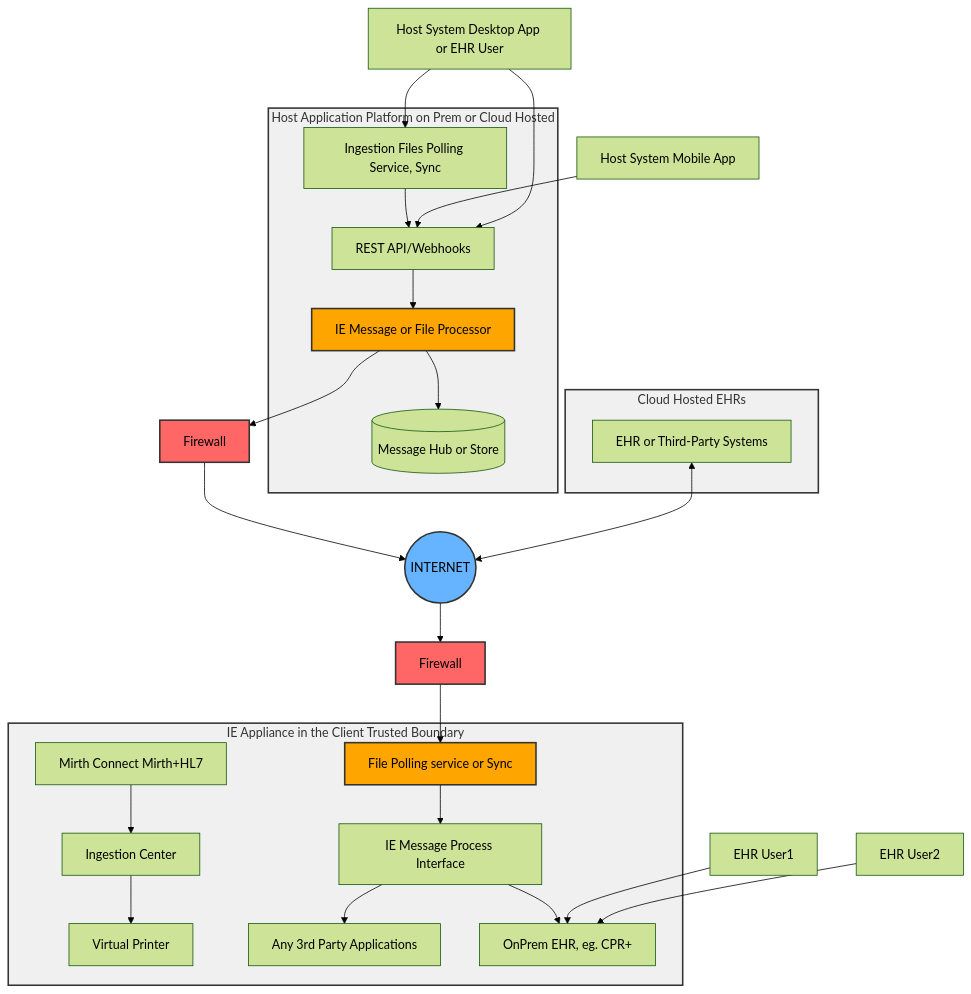
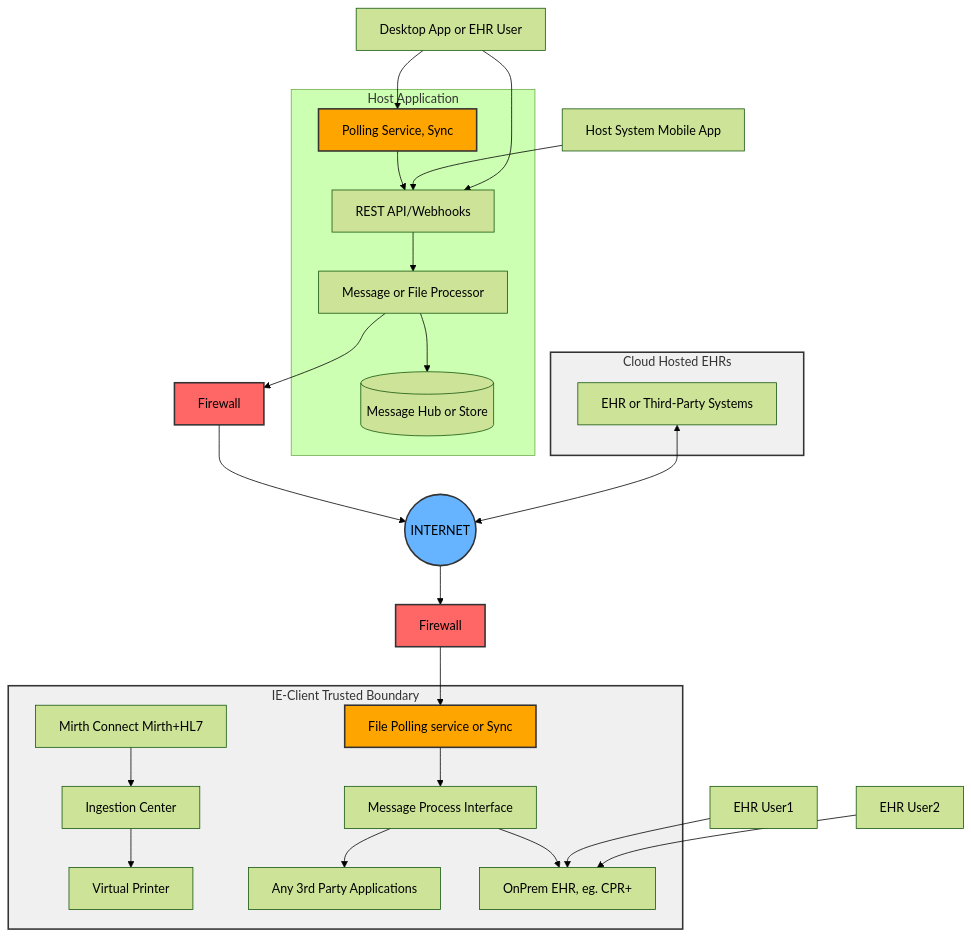
One commit to opsfolio/resource-surveillance-commons changed the first of 4 diagrams in pattern/integration-engine/README.md. Above: the diagram before and after it, drawn with Mermaid (forest theme).

Commit message:
docs: update the mermaid graph

````diff
--- a/pattern/integration-engine/README.md
+++ b/pattern/integration-engine/README.md
@@ -200,64 +200,62 @@
 ```mermaid
   graph TB
-    subgraph HostSystem["Host Application Platform on Prem or Cloud Hosted"]
-        CHFHIR[IE Message or File Processor]
+    subgraph HostSystem[Host Application]
+        CHFHIR[Message or File Processor]
         CHA[REST API/Webhooks]
-        CHFS[Ingestion Files Polling Service, Sync]
+        CHFS[Polling Service, Sync]
         CHFHIRS[(Message Hub or Store)]
-        
+     
         CHFHIR --> CHFHIRS
         CHA --> CHFHIR
         CHFS --> CHA
     end
 
     MobileApp[Host System Mobile App]
-    DesktopApp[Host System Desktop App or EHR User]
+    DesktopApp[Desktop App or EHR User]
 
     MobileApp --> CHA
     DesktopApp --> CHA
     DesktopApp --> CHFS
 
     FIREWALL1[Firewall]
     INTERNET((INTERNET))
     FIREWALL2[Firewall]
     
     subgraph CloudEHR[Cloud Hosted EHRs]
         WSCT[EHR or Third-Party Systems]
     end
 
-    subgraph IEAppliance["IE Appliance in the Client Trusted Boundary"]
+    subgraph IEAppliance[IE-Client Trusted Boundary]
         MsgSyncSrv[File Polling service or Sync]
-        IEMsgProcessInterface[IE Message Process Interface]
+        IEMsgProcessInterface[Message Process Interface]
         IngestionCenter[Ingestion Center]
         VirtualPrinter[Virtual Printer]
         MirthConnect[Mirth Connect Mirth+HL7]
         ThirdPartyApps[Any 3rd Party Applications]
         OnPremEHR[OnPrem EHR, eg. CPR+]
         
         MsgSyncSrv --> IEMsgProcessInterface
         IngestionCenter --> VirtualPrinter
         MirthConnect --> IngestionCenter
         IEMsgProcessInterface --> OnPremEHR
         IEMsgProcessInterface --> ThirdPartyApps
     end
 
     OnPremEHRUser1[EHR User1]
     OnPremEHRUser2[EHR User2]
-
     CHFHIR --> FIREWALL1
     FIREWALL1 --> INTERNET
     INTERNET --> FIREWALL2
     FIREWALL2 --> MsgSyncSrv
     WSCT <--> INTERNET
     OnPremEHRUser1 --> OnPremEHR
     OnPremEHRUser2 --> OnPremEHR
 
-    style HostSystem fill:#f0f0f0,stroke:#333,stroke-width:2px
     style IEAppliance fill:#f0f0f0,stroke:#333,stroke-width:2px
     style CloudEHR fill:#f0f0f0,stroke:#333,stroke-width:2px
     style INTERNET fill:#66b3ff,stroke:#333,stroke-width:2px
     style FIREWALL1 fill:#ff6666,stroke:#333,stroke-width:2px
     style FIREWALL2 fill:#ff6666,stroke:#333,stroke-width:2px
-    style CHFHIR fill:#FFA500,stroke:#333,stroke-width:2px
     style MsgSyncSrv fill:#FFA500,stroke:#333,stroke-width:2px
+    style CHFS fill:#FFA500,stroke:#333,stroke-width:2px
 ```
````
